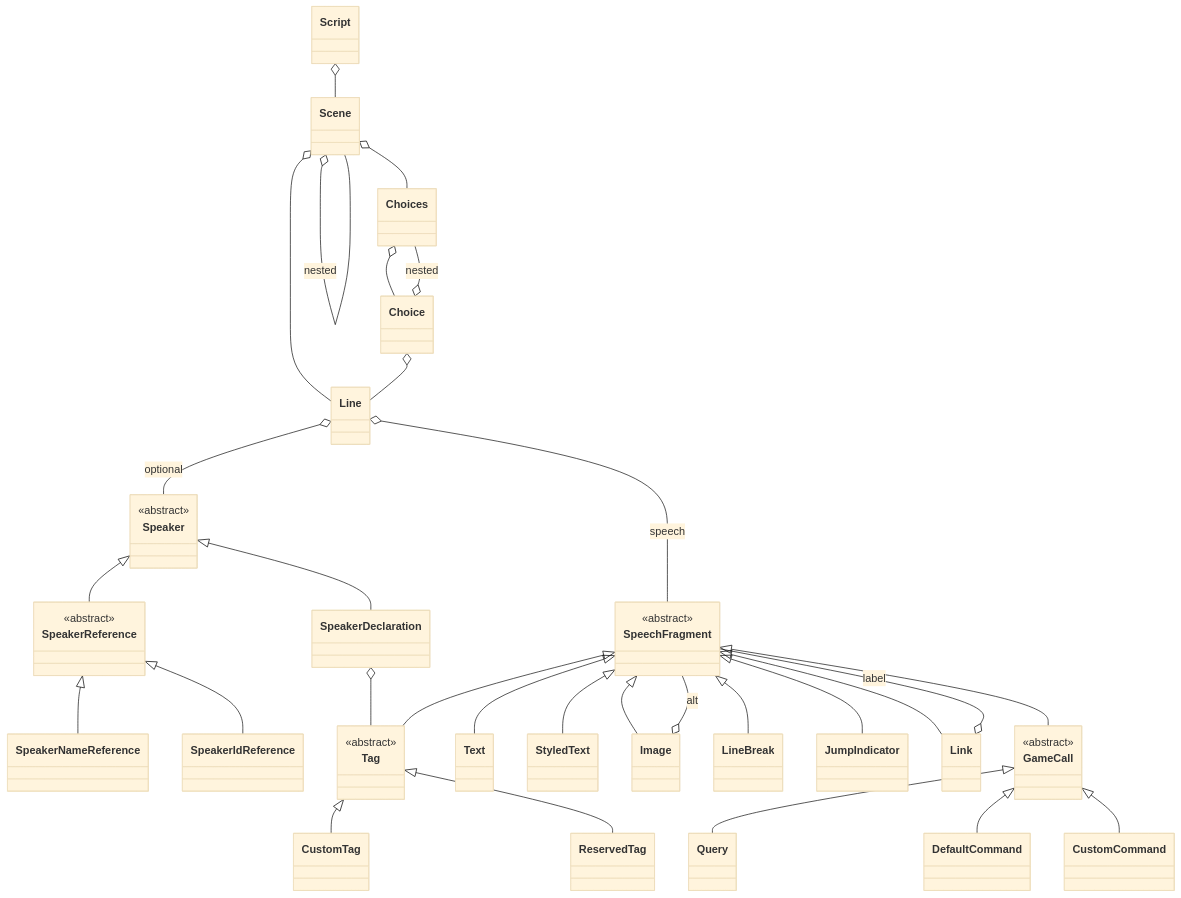
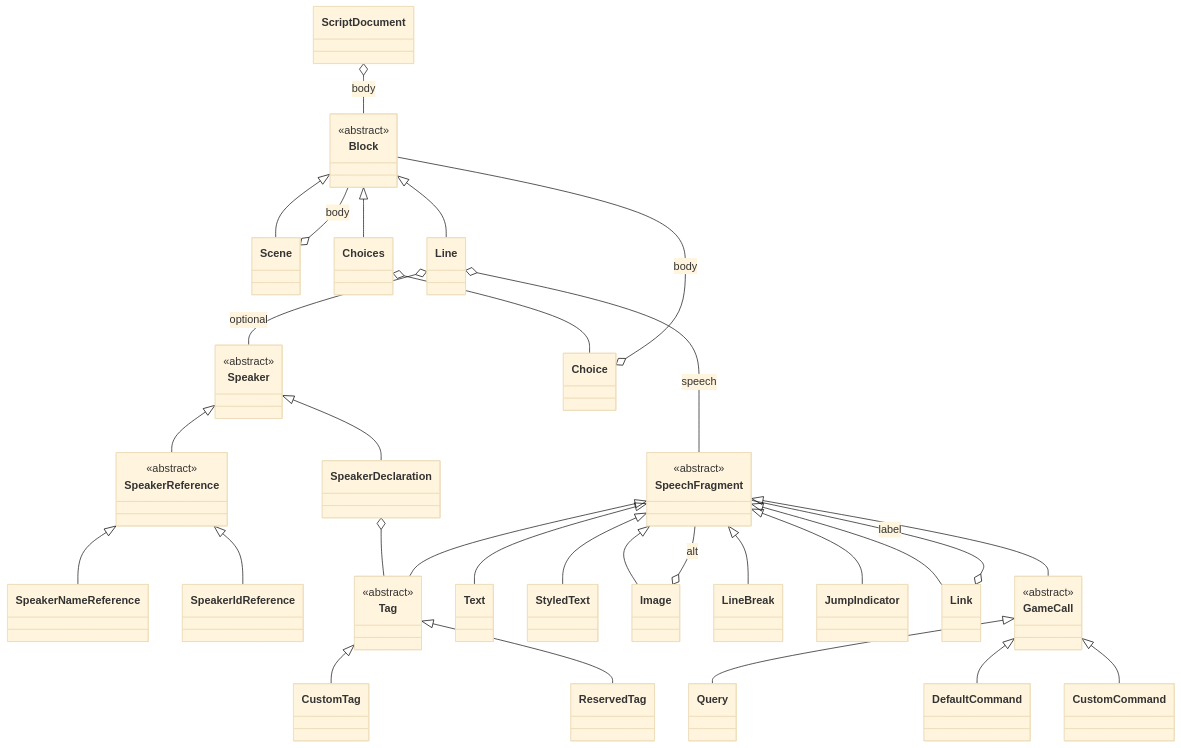
Before and after one commit to pengzhengyi/godot-dialoguedown: the second of 2 diagrams in docs/Implementation Notes/Markdown to Dialogue AST Transpiler.md, drawn with Mermaid (base theme). The commit also changed other lines of this file, not shown here.

````diff
--- a/docs/Implementation Notes/Markdown to Dialogue AST Transpiler.md
+++ b/docs/Implementation Notes/Markdown to Dialogue AST Transpiler.md
@@ -196,68 +203,71 @@
 ```mermaid
 classDiagram
-    class Script
+    class ScriptDocument
+    class Block {
+        <<abstract>>
+    }
     class Scene
     class Line
     class Speaker {
         <<abstract>>
     }
     class SpeakerDeclaration
     class SpeakerReference {
         <<abstract>>
     }
     class SpeakerNameReference
     class SpeakerIdReference
     class Choices
     class Choice
     class Tag {
         <<abstract>>
     }
     class CustomTag
     class ReservedTag
 
     class SpeechFragment {
         <<abstract>>
     }
     class Text
     class StyledText
     class Image
     class LineBreak
     class JumpIndicator
     class Link
     class GameCall {
         <<abstract>>
     }
     class Query
     class DefaultCommand
     class CustomCommand
 
-    Script o-- Scene
-    Scene o-- Line
-    Scene o-- Choices
-    Scene o-- Scene : nested
+    ScriptDocument o-- Block : body
+    Block <|-- Line
+    Block <|-- Choices
+    Block <|-- Scene
+    Scene o-- Block : body
     Line o-- Speaker : optional
     Line o-- SpeechFragment : speech
     Image o-- SpeechFragment : alt
     Link o-- SpeechFragment : label
     Choices o-- Choice
-    Choice o-- Line
-    Choice o-- Choices : nested
+    Choice o-- Block : body
     SpeakerDeclaration o-- Tag
     Speaker <|-- SpeakerDeclaration
     Speaker <|-- SpeakerReference
     SpeakerReference <|-- SpeakerNameReference
     SpeakerReference <|-- SpeakerIdReference
     SpeechFragment <|-- Text
     SpeechFragment <|-- StyledText
     SpeechFragment <|-- Image
     SpeechFragment <|-- LineBreak
     SpeechFragment <|-- JumpIndicator
     SpeechFragment <|-- Link
     SpeechFragment <|-- Tag
     SpeechFragment <|-- GameCall
     GameCall <|-- Query
     GameCall <|-- DefaultCommand
     GameCall <|-- CustomCommand
     Tag <|-- CustomTag
     Tag <|-- ReservedTag
 ```
````
